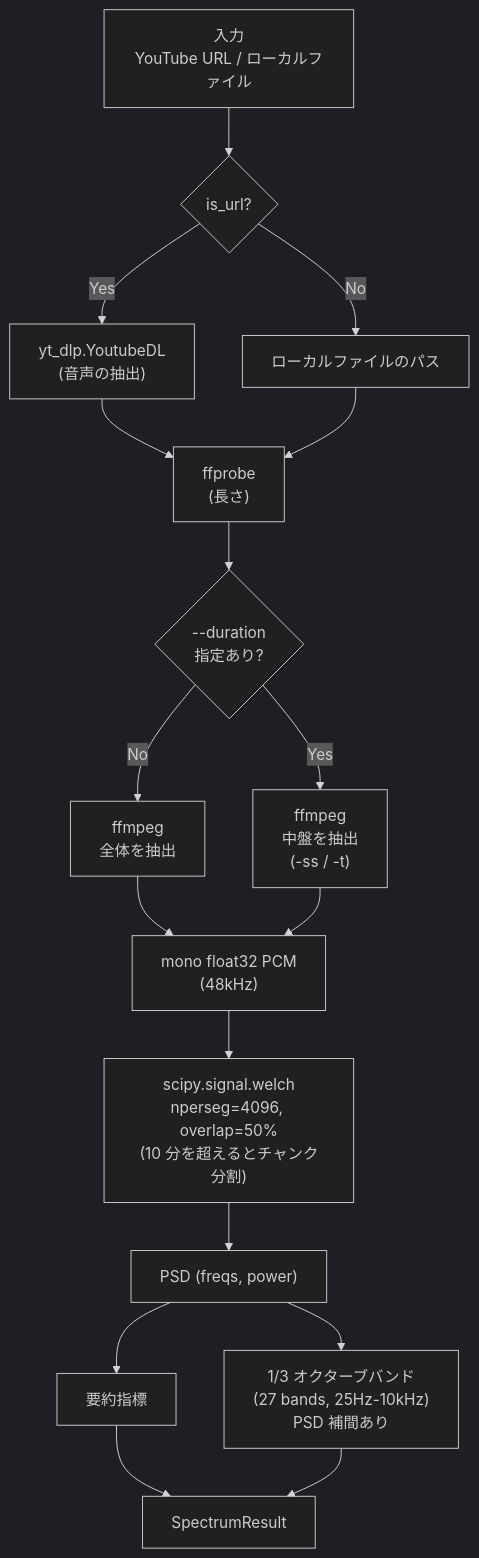
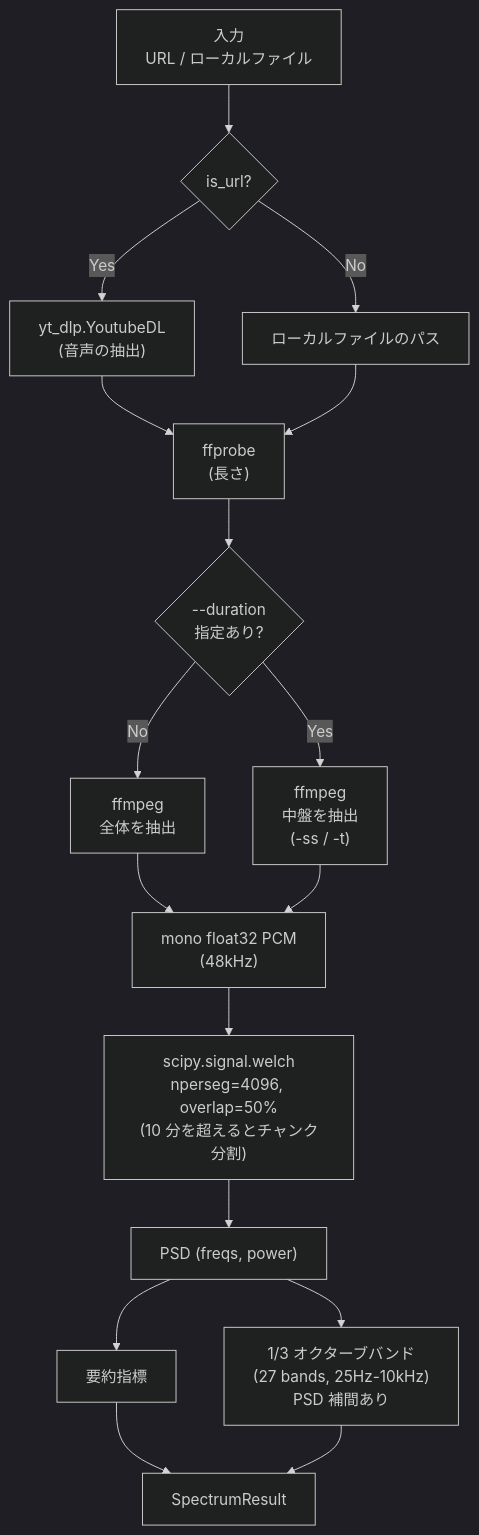
One commit to semnil/analyze-spectrum changed the third of 17 diagrams in docs/architecture.ja.md. Above: the diagram before and after it, drawn with Mermaid (dark theme). The commit also changed 5 other files, not shown here.

First line of the commit message:
feat: name the input field "URL" instead of "YouTube URL"

````diff
--- a/docs/architecture.ja.md
+++ b/docs/architecture.ja.md
@@ -83,34 +83,34 @@
 ```mermaid
 flowchart TD
-    INPUT["入力<br>YouTube URL / ローカルファイル"]
+    INPUT["入力<br>URL / ローカルファイル"]
     RESOLVE{"is_url?"}
     YTDLP["yt_dlp.YoutubeDL<br>(音声の抽出)"]
     LOCAL["ローカルファイルのパス"]
     PROBE["ffprobe<br>(長さ)"]
     MIDDLE{"--duration<br>指定あり?"}
     EXTRACT_FULL["ffmpeg<br>全体を抽出"]
     EXTRACT_MID["ffmpeg<br>中盤を抽出<br>(-ss / -t)"]
     PCM["mono float32 PCM<br>(48kHz)"]
     WELCH["scipy.signal.welch<br>nperseg=4096, overlap=50%<br>(10 分を超えるとチャンク分割)"]
     PSD["PSD (freqs, power)"]
     METRICS["要約指標"]
     BANDS["1/3 オクターブバンド<br>(27 bands, 25Hz-10kHz)<br>PSD 補間あり"]
     RESULT["SpectrumResult"]
 
     INPUT --> RESOLVE
     RESOLVE -->|Yes| YTDLP
     RESOLVE -->|No| LOCAL
     YTDLP --> PROBE
     LOCAL --> PROBE
     PROBE --> MIDDLE
     MIDDLE -->|No| EXTRACT_FULL
     MIDDLE -->|Yes| EXTRACT_MID
     EXTRACT_FULL --> PCM
     EXTRACT_MID --> PCM
     PCM --> WELCH
     WELCH --> PSD
     PSD --> METRICS
     PSD --> BANDS
     METRICS --> RESULT
     BANDS --> RESULT
 ```
````
